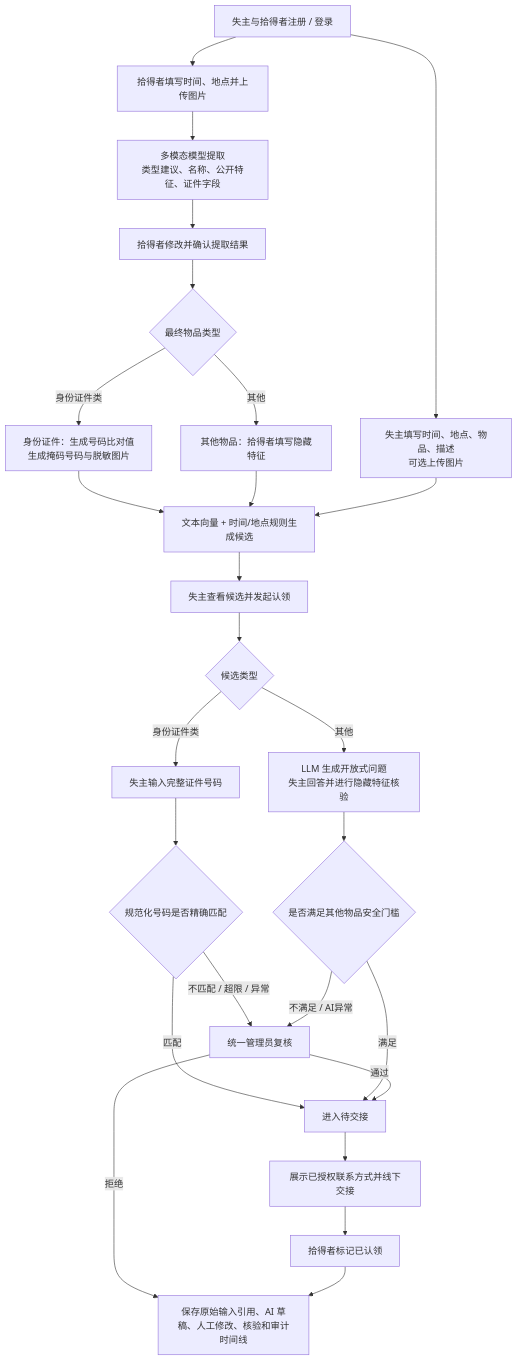
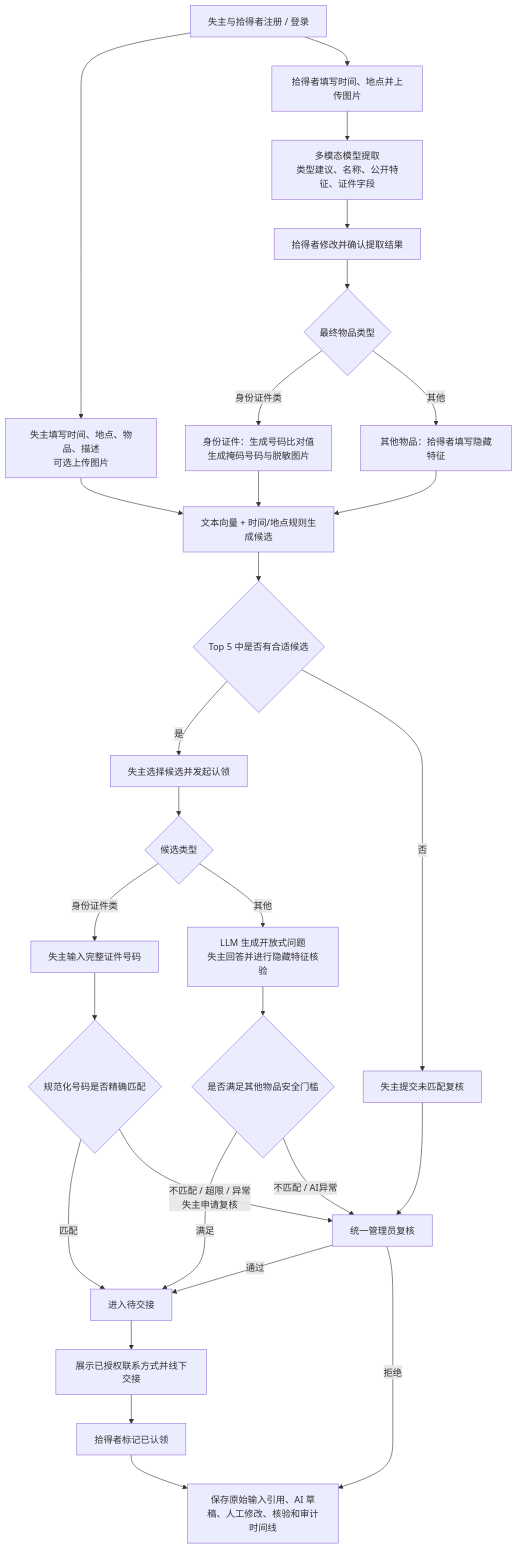
The second of 5 diagrams in prd.md (xushengyu1/day56-submission), drawn with Mermaid before and after one commit. The commit also changed other lines of this file and 30 other files, not shown here.

````diff
--- a/prd.md
+++ b/prd.md
@@ -392,40 +419,44 @@
 ```mermaid
 flowchart TD
     A["失主与拾得者注册 / 登录"]
     B["失主填写时间、地点、物品、描述<br/>可选上传图片"]
     C["拾得者填写时间、地点并上传图片"]
     D["多模态模型提取<br/>类型建议、名称、公开特征、证件字段"]
     E["拾得者修改并确认提取结果"]
     F{"最终物品类型"}
     G["身份证件：生成号码比对值<br/>生成掩码号码与脱敏图片"]
     H["其他物品：拾得者填写隐藏特征"]
     I["文本向量 + 时间/地点规则生成候选"]
-    J["失主查看候选并发起认领"]
+    J0{"Top 5 中是否有合适候选"}
+    J["失主选择候选并发起认领"]
     K{"候选类型"}
     L["失主输入完整证件号码"]
     M{"规范化号码是否精确匹配"}
     N["LLM 生成开放式问题<br/>失主回答并进行隐藏特征核验"]
     O{"是否满足其他物品安全门槛"}
     P["统一管理员复核"]
     Q["进入待交接"]
     R["展示已授权联系方式并线下交接"]
     S["拾得者标记已认领"]
     T["保存原始输入引用、AI 草稿、人工修改、核验和审计时间线"]
+    U["失主提交未匹配复核"]
 
     A --> B
     A --> C
     C --> D --> E --> F
     F -- "身份证件类" --> G --> I
     F -- "其他" --> H --> I
     B --> I
-    I --> J --> K
+    I --> J0
+    J0 -- "是" --> J --> K
+    J0 -- "否" --> U --> P
     K -- "身份证件类" --> L --> M
     M -- "匹配" --> Q
-    M -- "不匹配 / 超限 / 异常" --> P
+    M -- "不匹配 / 超限 / 异常<br/>失主申请复核" --> P
     K -- "其他" --> N --> O
     O -- "满足" --> Q
-    O -- "不满足 / AI异常" --> P
+    O -- "不匹配 / AI异常" --> P
     P -- "通过" --> Q
     P -- "拒绝" --> T
     Q --> R --> S --> T
 ```
````
